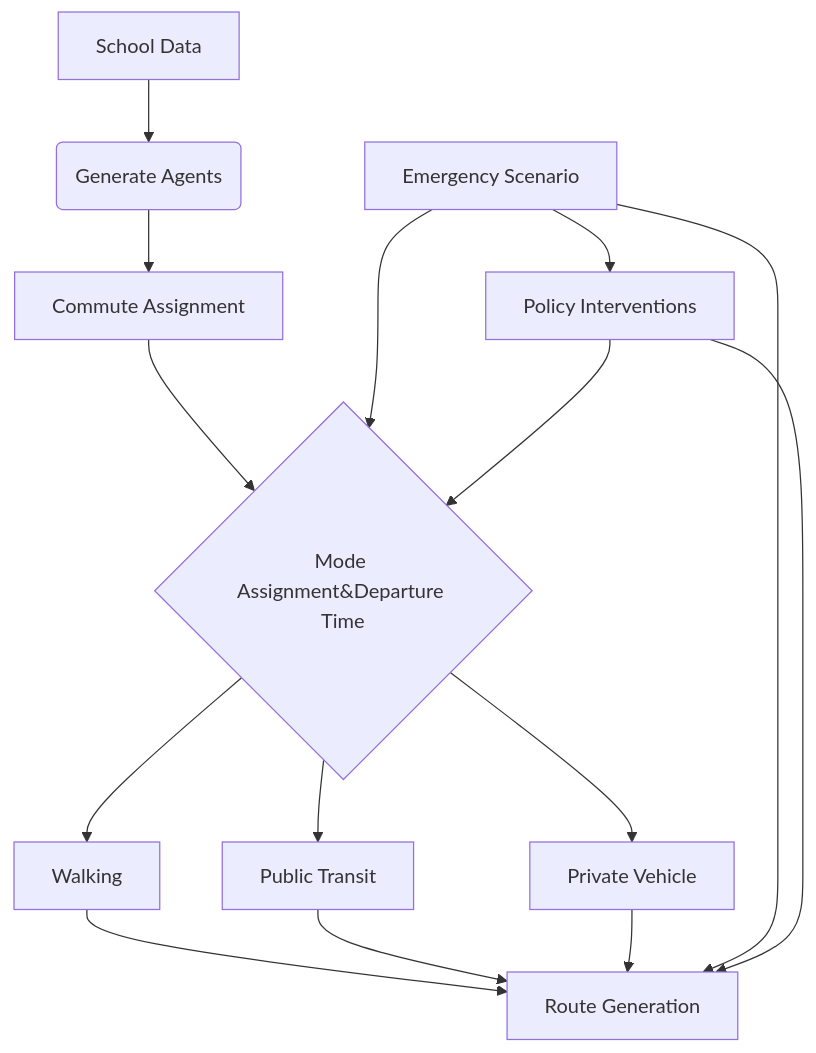
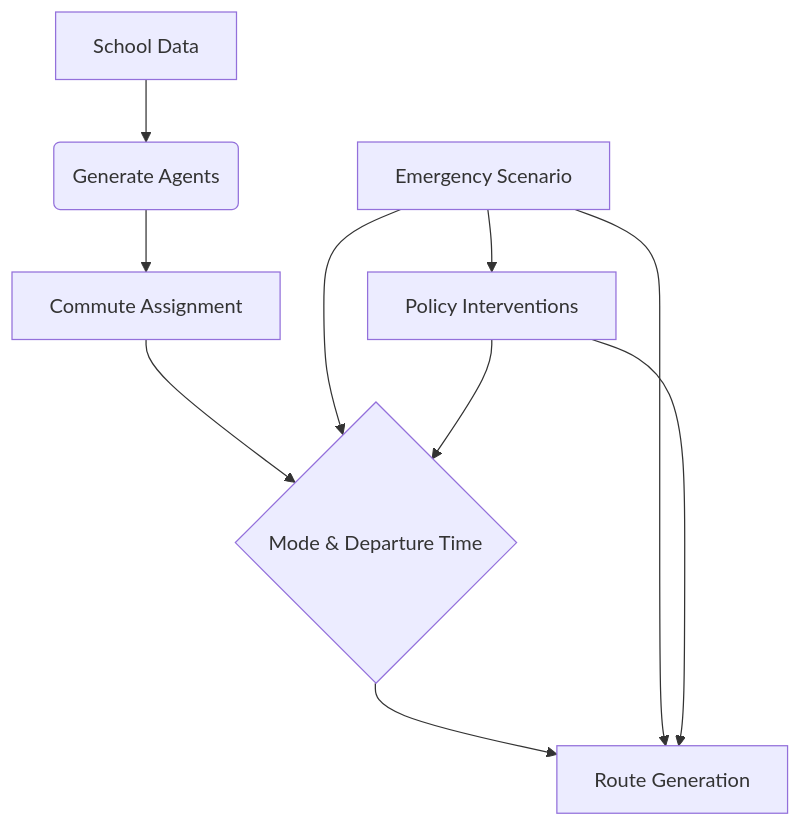
One commit to seeingwu/commute_sim_emergency changed the diagram in README.md. Above: the diagram before and after it, drawn with Mermaid.

````diff
--- a/README.md
+++ b/README.md
@@ -58,16 +58,13 @@
 ```mermaid
 graph TD
     A[School Data] --> B(Generate Agents)
     B --> C1[Commute Assignment]
-    C1 --> C{Mode Assignment&Departure Time}
-    C --> D[Walking]
-    C --> E[Public Transit]
-    C --> F[Private Vehicle]
-    D & E & F --> G[Route Generation]
+    C1 --> C{Mode & Departure Time}
+    C --> G[Route Generation]
 
     H[Emergency Scenario] --> I[Policy Interventions]
     H --> C
     H --> G
     I --> C
     I --> G
 ```
````
